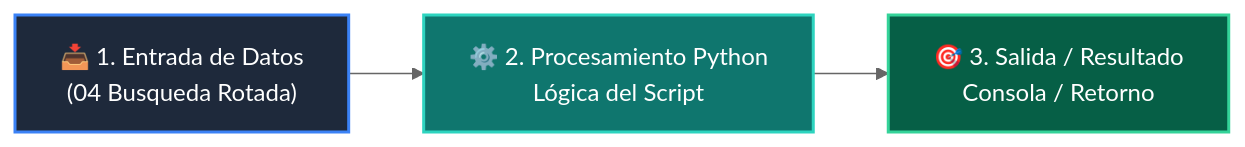
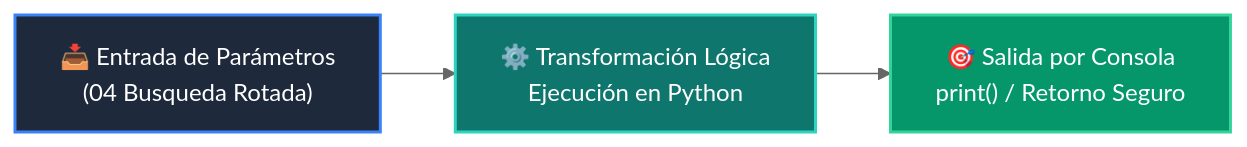
One commit to wisrovi/wisrovi-python changed the diagram in 02-algoritmos-estructuras/clase-04-algoritmos-busqueda/ejemplos/ejemplo_04_busqueda_rotada/README.md. Above: the diagram before and after it, drawn with Mermaid (neutral theme). The commit also changed other lines of this file and 226 other files, not shown here.

Commit message:
docs: elevate all repository READMEs to world-class mastery standard with rich pedagogical architecture, custom Mermaids, and professional styling

````diff
--- a/02-algoritmos-estructuras/clase-04-algoritmos-busqueda/ejemplos/ejemplo_04_busqueda_rotada/README.md
+++ b/02-algoritmos-estructuras/clase-04-algoritmos-busqueda/ejemplos/ejemplo_04_busqueda_rotada/README.md
@@ -12,9 +19,9 @@
 ```mermaid
 flowchart LR
-    A["📥 1. Entrada de Datos<br/>(04 Busqueda Rotada)"] --> B["⚙️ 2. Procesamiento Python<br/>Lógica del Script"]
-    B --> C["🎯 3. Salida / Resultado<br/>Consola / Retorno"]
+    A["📥 Entrada de Parámetros<br/>(04 Busqueda Rotada)"] --> B["⚙️ Transformación Lógica<br/>Ejecución en Python"]
+    B --> C["🎯 Salida por Consola<br/>print() / Retorno Seguro"]
 
-    style A fill:#1e293b,color:#fff,stroke:#3b82f6,stroke-width:2px
-    style B fill:#0f766e,color:#fff,stroke:#2dd4bf,stroke-width:2px
-    style C fill:#065f46,color:#fff,stroke:#34d399,stroke-width:2px
+    style A fill:#1e293b,color:#ffffff,stroke:#3b82f6,stroke-width:2px
+    style B fill:#0f766e,color:#ffffff,stroke:#2dd4bf,stroke-width:2px
+    style C fill:#059669,color:#ffffff,stroke:#34d399,stroke-width:2px
 ```
````
